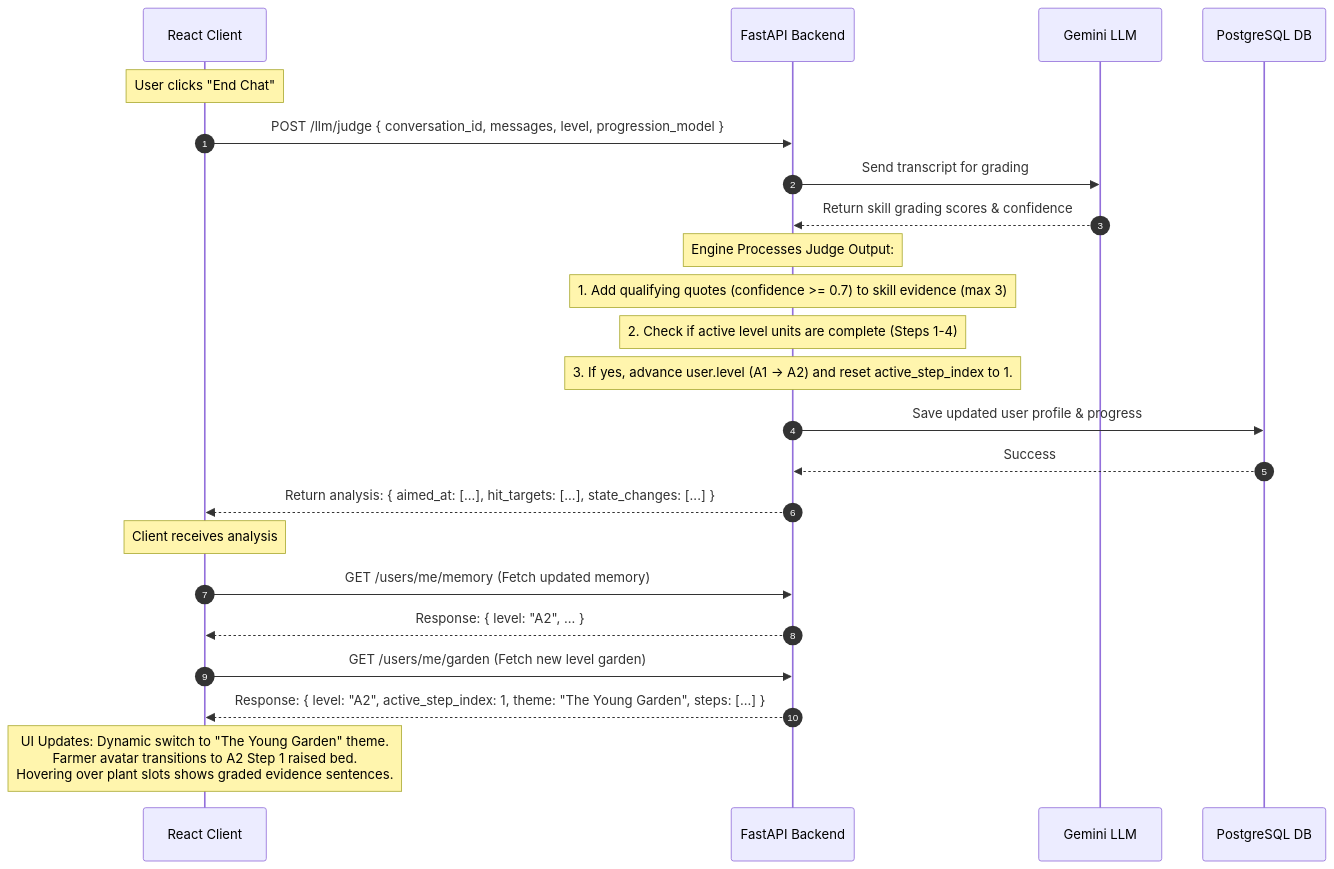
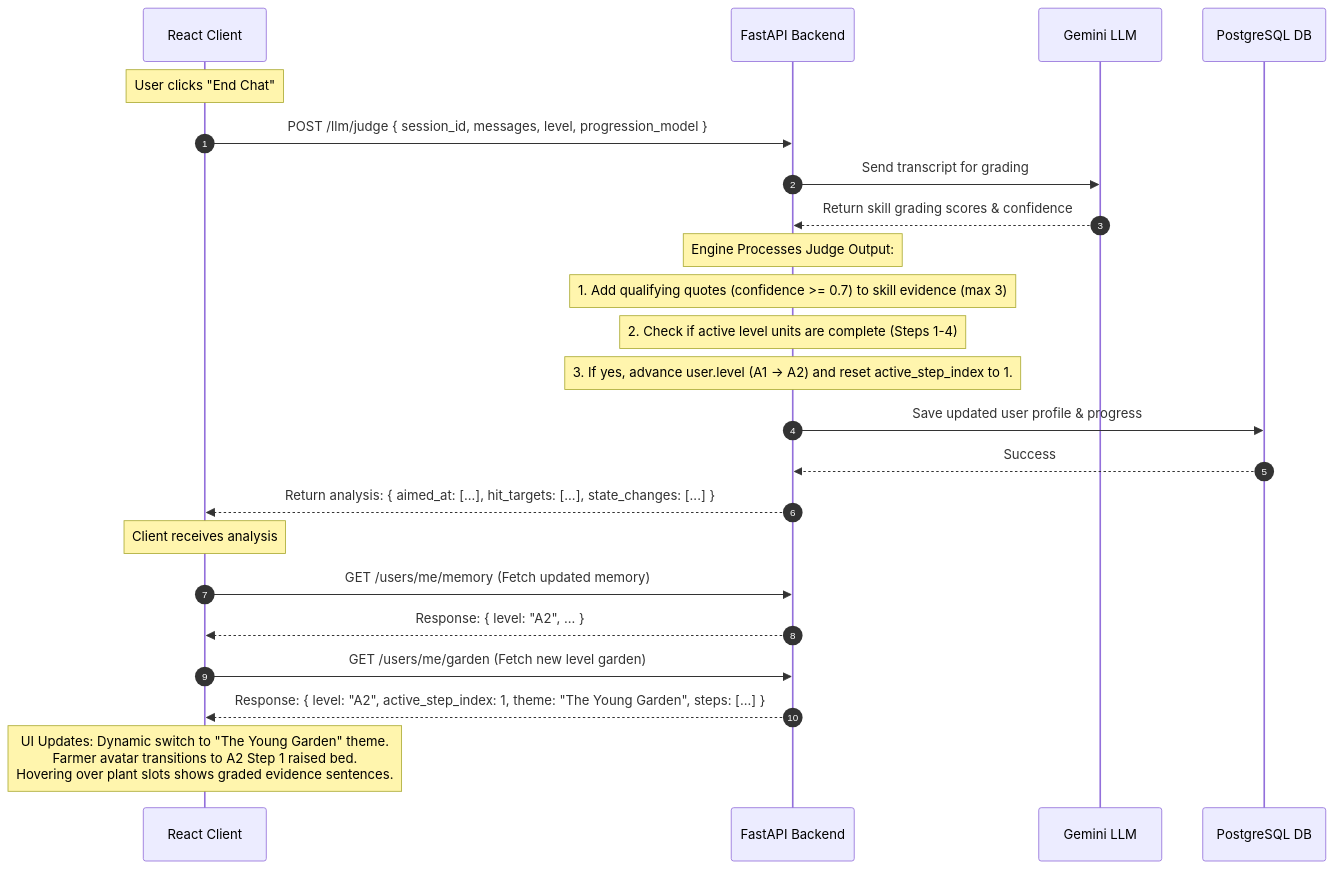
Before and after one commit to anshika410/English_learning_flutter_app: the fourth of 4 diagrams in docs/mintlify-src/system-architecture.mdx, drawn with Mermaid. The commit also changed 11 other files, not shown here.

Commit message:
Refactor API fields to follow unified naming standard (session_id, user_id, level, and role/content)

````diff
--- a/docs/mintlify-src/system-architecture.mdx
+++ b/docs/mintlify-src/system-architecture.mdx
@@ -126,30 +126,30 @@
 ```mermaid
 sequenceDiagram
     autonumber
     participant Client as React Client
     participant API as FastAPI Backend
     participant LLM as Gemini LLM
     participant DB as PostgreSQL DB
 
     Note over Client: User clicks "End Chat"
-    Client->>API: POST /llm/judge { conversation_id, messages, level, progression_model }
+    Client->>API: POST /llm/judge { session_id, messages, level, progression_model }
     API->>LLM: Send transcript for grading
     LLM-->>API: Return skill grading scores & confidence
     
     Note over API: Engine Processes Judge Output:
     Note over API: 1. Add qualifying quotes (confidence >= 0.7) to skill evidence (max 3)
     Note over API: 2. Check if active level units are complete (Steps 1-4)
     Note over API: 3. If yes, advance user.level (A1 -> A2) and reset active_step_index to 1.
     
     API->>DB: Save updated user profile & progress
     DB-->>API: Success
     API-->>Client: Return analysis: { aimed_at: [...], hit_targets: [...], state_changes: [...] }
 
     Note over Client: Client receives analysis
     Client->>API: GET /users/me/memory (Fetch updated memory)
     API-->>Client: Response: { level: "A2", ... }
     Client->>API: GET /users/me/garden (Fetch new level garden)
     API-->>Client: Response: { level: "A2", active_step_index: 1, theme: "The Young Garden", steps: [...] }
 
     Note over Client: UI Updates: Dynamic switch to "The Young Garden" theme.<br/>Farmer avatar transitions to A2 Step 1 raised bed.<br/>Hovering over plant slots shows graded evidence sentences.
 ```
````
